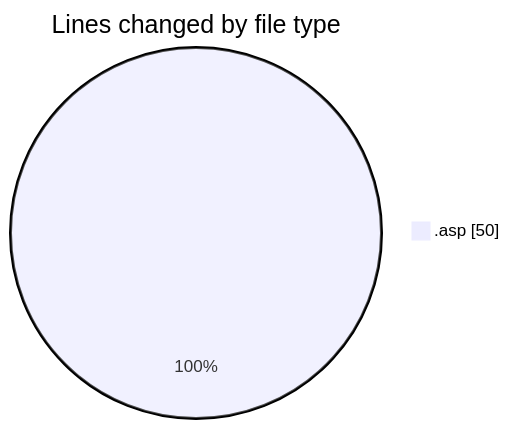
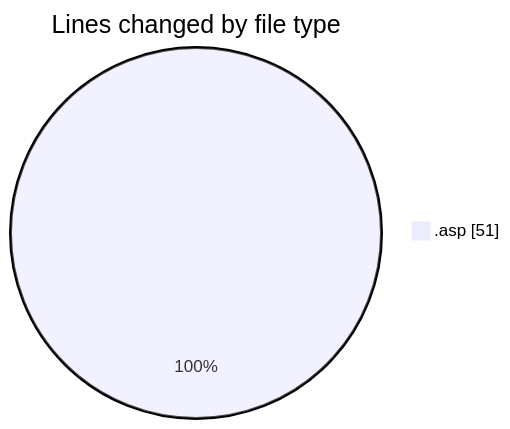
Before and after one commit to julien-gomy/code-tracking: the first of 2 diagrams in 2025-11-01/cdp_aleoudev_fr__workspace_/README.md, drawn with Mermaid. The commit also changed other lines of this file and 1 other file, not shown here.

````diff
--- a/2025-11-01/cdp_aleoudev_fr__workspace_/README.md
+++ b/2025-11-01/cdp_aleoudev_fr__workspace_/README.md
@@ -23,5 +23,5 @@
 ```mermaid
 pie showData
 title Lines changed by file type
-".asp" : 50
+".asp" : 51
 ```
````
